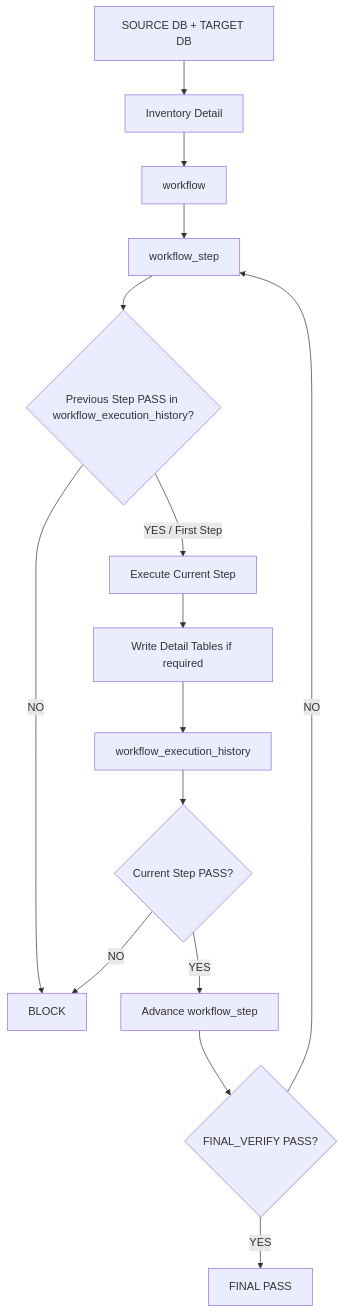
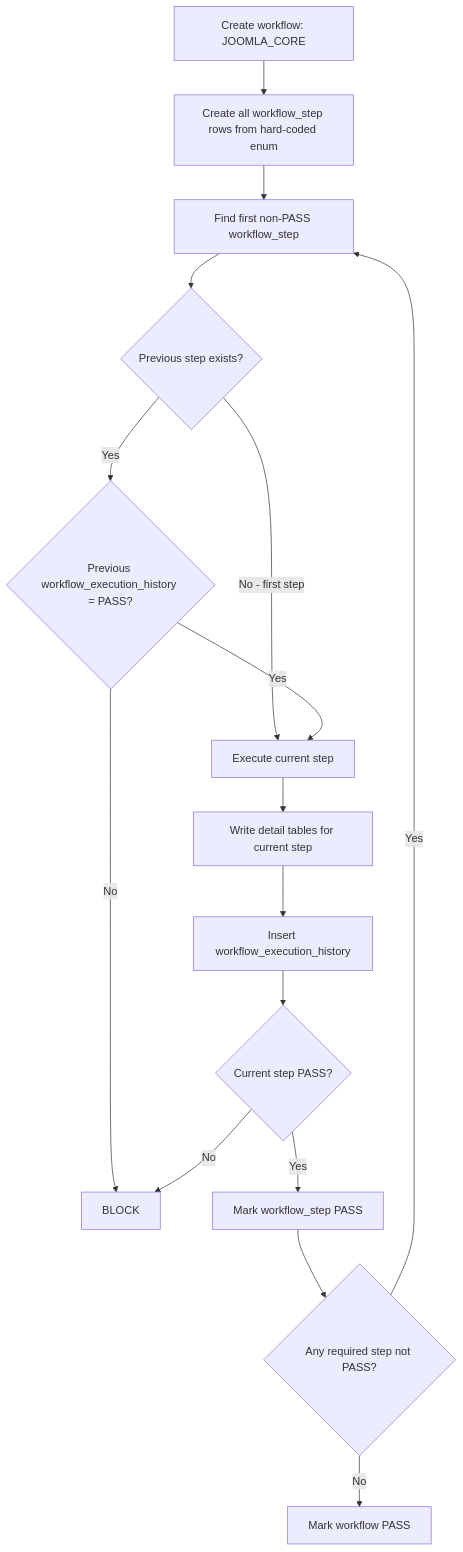
The first of 3 diagrams in docs/joomla/learning/database/migration/tutorial/migration-workflow.md (duyduyly/php-notebook), drawn with Mermaid before and after one commit. The commit also changed other lines of this file, not shown here.

Commit message:
Refine workflow steps and add Codex generation prompts

````diff
--- a/docs/joomla/learning/database/migration/tutorial/migration-workflow.md
+++ b/docs/joomla/learning/database/migration/tutorial/migration-workflow.md
@@ -90,18 +112,19 @@
 ```mermaid
 flowchart TD
-    A[SOURCE DB + TARGET DB]
-    --> B[Inventory Detail]
-    B --> C[workflow]
-    C --> D[workflow_step]
-    D --> E{Previous Step PASS in workflow_execution_history?}
-    E -->|NO| X[BLOCK]
-    E -->|YES / First Step| F[Execute Current Step]
-    F --> G[Write Detail Tables if required]
-    G --> H[workflow_execution_history]
-    H --> I{Current Step PASS?}
-    I -->|NO| X
-    I -->|YES| J[Advance workflow_step]
-    J --> K{FINAL_VERIFY PASS?}
-    K -->|NO| D
-    K -->|YES| L[FINAL PASS]
+    A[Create workflow: JOOMLA_CORE]
+    --> B[Create all workflow_step rows from hard-coded enum]
+    B --> C[Find first non-PASS workflow_step]
+    C --> D{Previous step exists?}
+    D -->|No - first step| E[Execute current step]
+    D -->|Yes| F{Previous workflow_execution_history = PASS?}
+    F -->|No| X[BLOCK]
+    F -->|Yes| E
+    E --> G[Write detail tables for current step]
+    G --> H[Insert workflow_execution_history]
+    H --> I{Current step PASS?}
+    I -->|No| X
+    I -->|Yes| J[Mark workflow_step PASS]
+    J --> K{Any required step not PASS?}
+    K -->|Yes| C
+    K -->|No| L[Mark workflow PASS]
 ```
````
